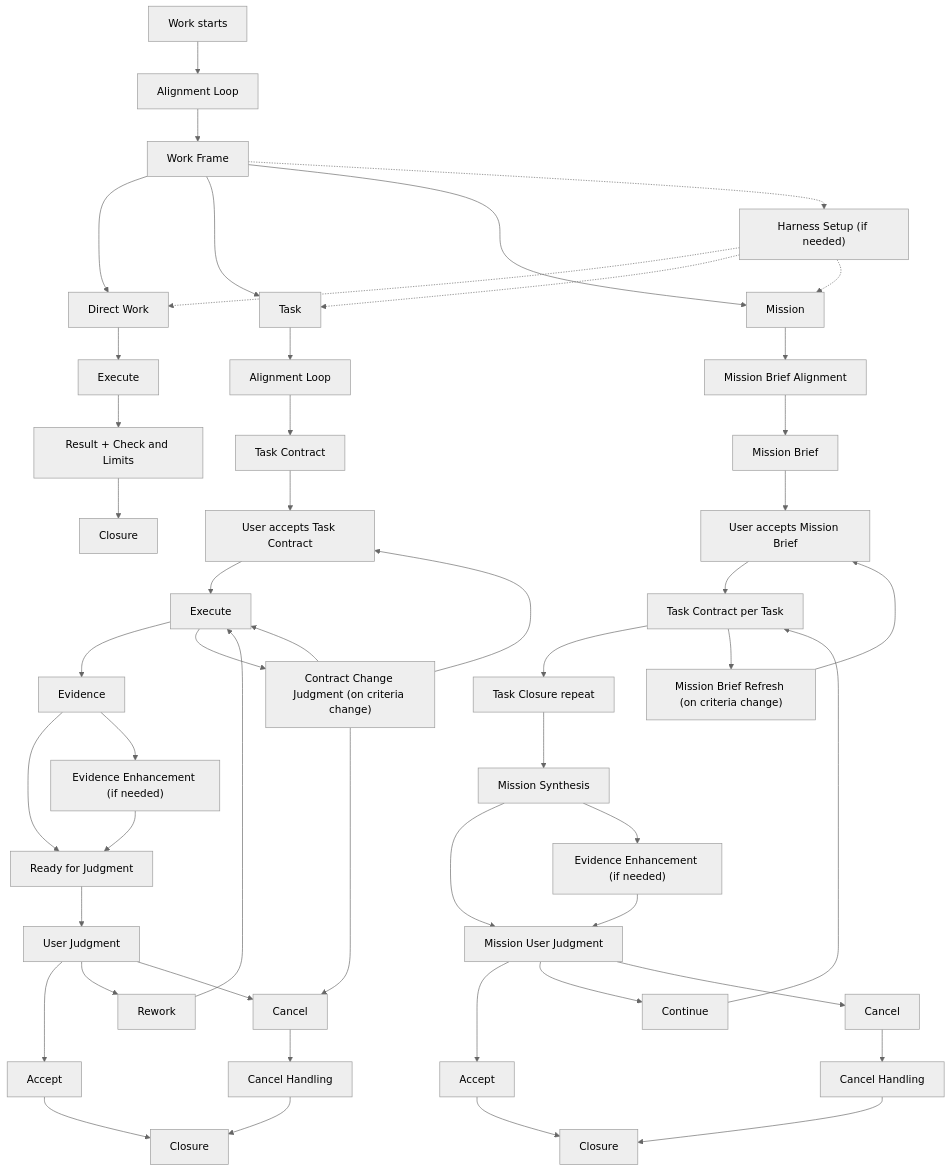
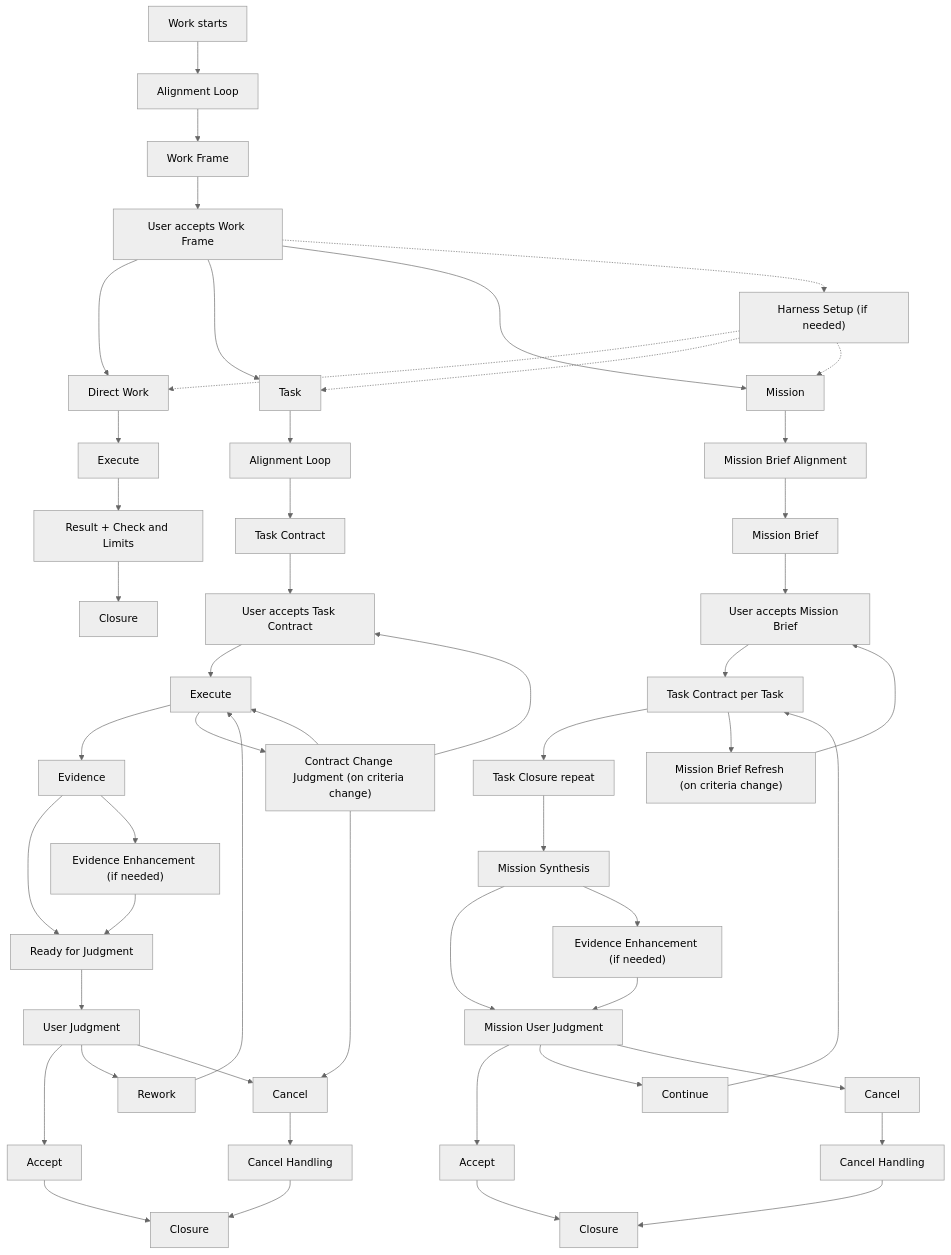
The diagram in docs/workflow/index.md (choam2426/Geas), drawn with Mermaid (neutral theme) before and after one commit. The commit also changed other lines of this file and 10 other files, not shown here.

First line of the commit message:
Define acceptance process and Work Frame approval gate

````diff
--- a/docs/workflow/index.md
+++ b/docs/workflow/index.md
@@ -35,57 +35,58 @@
 ```mermaid
 flowchart TD
   start["Work starts"] --> align["Alignment Loop"]
   align --> frame["Work Frame"]
 
-  frame --> direct["Direct Work"]
-  frame --> task["Task"]
-  frame --> mission["Mission"]
-  frame -.-> harness["Harness Setup (if needed)"]
+  frame --> frameAccept["User accepts Work Frame"]
+  frameAccept --> direct["Direct Work"]
+  frameAccept --> task["Task"]
+  frameAccept --> mission["Mission"]
+  frameAccept -.-> harness["Harness Setup (if needed)"]
   harness -.-> direct
   harness -.-> task
   harness -.-> mission
 
   direct --> directExecute["Execute"]
   directExecute --> directResult["Result + Check and Limits"]
   directResult --> directClosure["Closure"]
 
   task --> taskAlign["Alignment Loop"]
   taskAlign --> contract["Task Contract"]
   contract --> contractAccept["User accepts Task Contract"]
   contractAccept --> taskExecute["Execute"]
   taskExecute --> taskEvidence["Evidence"]
   taskEvidence --> taskReady["Ready for Judgment"]
   taskEvidence --> taskEvidenceEnhance["Evidence Enhancement (if needed)"]
   taskEvidenceEnhance --> taskReady
   taskReady --> taskJudgment["User Judgment"]
   taskJudgment --> taskAccept["Accept"]
   taskAccept --> taskClosure["Closure"]
   taskJudgment --> taskRework["Rework"]
   taskJudgment --> taskCancel["Cancel"]
   taskRework --> taskExecute
   taskCancel --> taskCancelHandling["Cancel Handling"]
   taskCancelHandling --> taskClosure
   taskExecute --> taskChange["Contract Change Judgment (on criteria change)"]
   taskChange --> contractAccept
   taskChange --> taskExecute
   taskChange --> taskCancel
 
   mission --> missionAlign["Mission Brief Alignment"]
   missionAlign --> brief["Mission Brief"]
   brief --> briefAccept["User accepts Mission Brief"]
   briefAccept --> taskLoop["Task Contract per Task"]
   taskLoop --> taskRepeat["Task Closure repeat"]
   taskRepeat --> synthesis["Mission Synthesis"]
   synthesis --> missionJudgment["Mission User Judgment"]
   synthesis --> missionEvidenceEnhance["Evidence Enhancement (if needed)"]
   missionEvidenceEnhance --> missionJudgment
   missionJudgment --> missionAccept["Accept"]
   missionAccept --> missionClosure["Closure"]
   missionJudgment --> missionContinue["Continue"]
   missionJudgment --> missionCancel["Cancel"]
   missionContinue --> taskLoop
   missionCancel --> missionCancelHandling["Cancel Handling"]
   missionCancelHandling --> missionClosure
   taskLoop --> briefRefresh["Mission Brief Refresh (on criteria change)"]
   briefRefresh --> briefAccept
 ```
````
